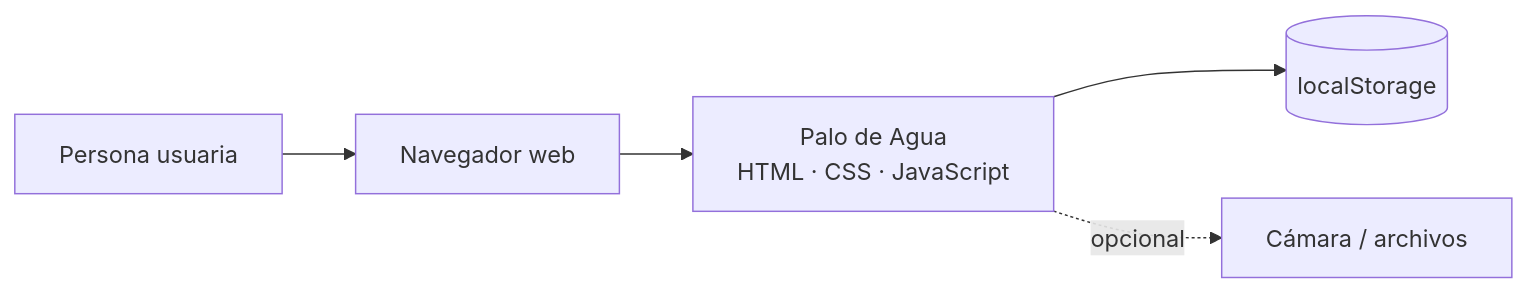
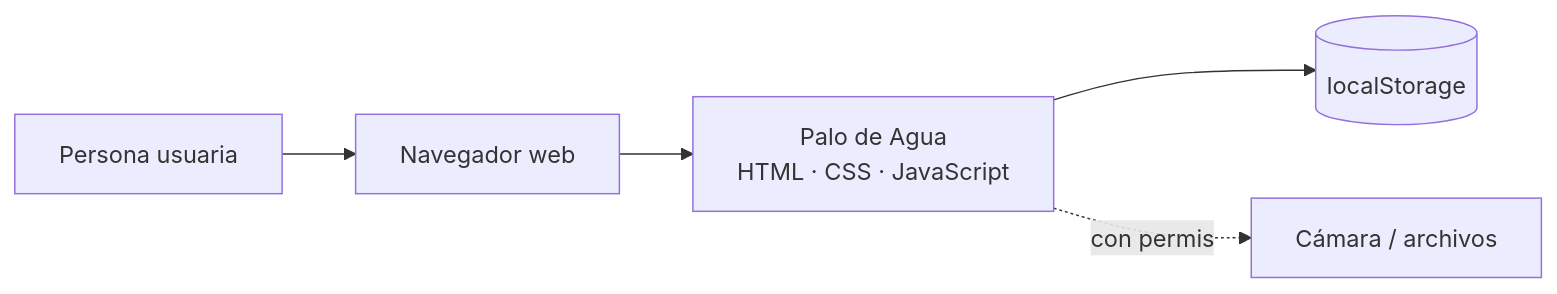
One commit to jsaguadob/palo-de-agua changed the diagram in docs/06-especificacion-de-requisitos.md. Above: the diagram before and after it, drawn with Mermaid. The commit also changed other lines of this file and 14 other files, not shown here.

Commit message:
Foto: tomar con la cámara (vista previa, capturar, girar) o subir imagen; nuevos RF-19 y RF-20; pruebas y documentación actualizadas

````diff
--- a/docs/06-especificacion-de-requisitos.md
+++ b/docs/06-especificacion-de-requisitos.md
@@ -40,7 +40,7 @@
 ```mermaid
 flowchart LR
   U[Persona usuaria] --> N[Navegador web]
   N --> A[Palo de Agua<br/>HTML · CSS · JavaScript]
   A --> L[(localStorage)]
-  A -.opcional.-> C[Cámara / archivos]
+  A -.con permiso.-> C[Cámara / archivos]
 ```
````
